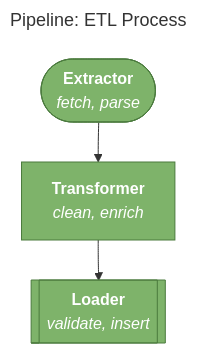
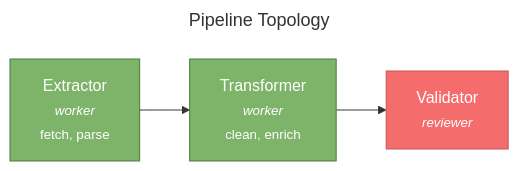
Before and after one commit to milad-o/agenticflow: the diagram in examples/diagrams/2_pipeline.mmd, drawn with Mermaid. The commit also changed 9 other files, not shown here.

First line of the commit message:
Standardize Mermaid visualization with consistent node format

```diff
--- a/examples/diagrams/2_pipeline.mmd
+++ b/examples/diagrams/2_pipeline.mmd
@@ -1,28 +1,16 @@
 ---
-title: "Pipeline: ETL Process"
+title: Pipeline Topology
 config:
   theme: default
-  flowchart:
-    curve: basis
-    nodeSpacing: 40
-    rankSpacing: 40
 ---
-flowchart TB
-    Extractor(["`**Extractor**
-_fetch, parse_`"]):::work
-    Transformer["`**Transformer**
-_clean, enrich_`"]:::work
-    Loader[["`**Loader**
-_validate, insert_`"]]:::work
+flowchart LR
+    Extractor["Extractor<br/><small><i>worker</i></small><br/><small>fetch, parse</small>"]:::work
+    Transformer["Transformer<br/><small><i>worker</i></small><br/><small>clean, enrich</small>"]:::work
+    Validator["Validator<br/><small><i>reviewer</i></small>"]:::review
 
-    Extractor --> Transformer --> Loader
+    Extractor --> Transformer --> Validator
 
-    classDef orch fill:#4a90d9,stroke:#2d5986,color:#fff
+    classDef super fill:#4a90d9,stroke:#2d5986,color:#fff
     classDef work fill:#7eb36a,stroke:#4a7a3d,color:#fff
-    classDef plan fill:#e6a23c,stroke:#b87c1e,color:#fff
-    classDef crit fill:#f56c6c,stroke:#c45656,color:#fff
-    classDef spec fill:#9b59b6,stroke:#7b3a96,color:#fff
-    classDef res fill:#3498db,stroke:#2475ad,color:#fff
-    classDef val fill:#1abc9c,stroke:#16a085,color:#fff
-    classDef asst fill:#95a5a6,stroke:#7f8c8d,color:#fff
-    classDef tool fill:#f5f5f5,stroke:#999,color:#333
+    classDef auto fill:#9b59b6,stroke:#7b3a96,color:#fff
+    classDef review fill:#f56c6c,stroke:#c45656,color:#fff
```
